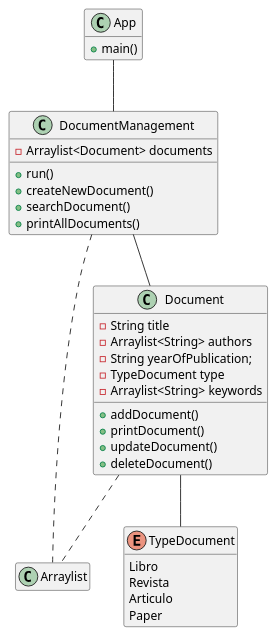
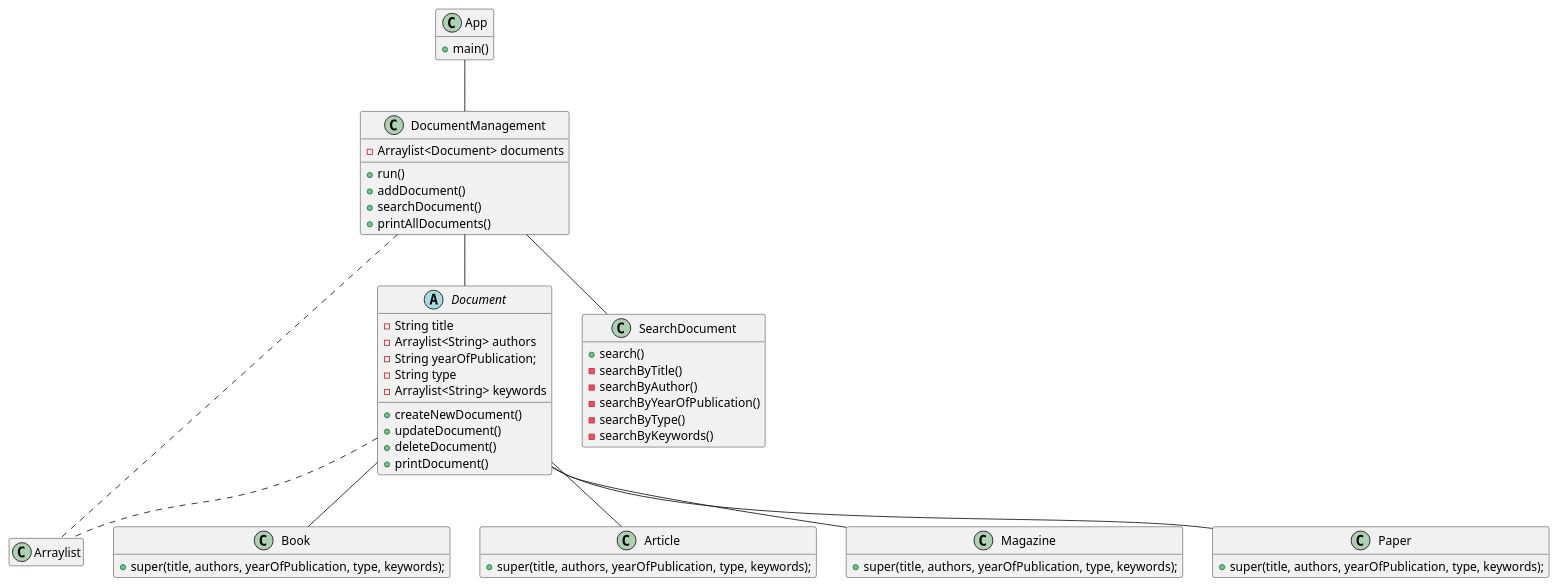
The diagram in entregas/esparragozaVeronika/DocumentManagement.puml (mmasias/23-24-eda2), drawn with PlantUML before and after one commit. The commit also changed 2 other files, not shown here.

Commit message:
Segunda iteración del diagrama de clases

```diff
--- a/entregas/esparragozaVeronika/DocumentManagement.puml
+++ b/entregas/esparragozaVeronika/DocumentManagement.puml
@@ -1,45 +1,69 @@
 @startuml
 hide empty methods
 hide empty fields
 
 class App {
     + main()
 }
 class Arraylist{}
 
-
 class DocumentManagement {
     - Arraylist<Document> documents
     + run()
-    + createNewDocument()
+    + addDocument()
     + searchDocument()
     + printAllDocuments()
 }
 
-class Document {
+abstract Document {
     - String title
     - Arraylist<String> authors
     - String yearOfPublication;
-    - TypeDocument type
+    - String type
     - Arraylist<String> keywords
 
-    + addDocument()
-    + printDocument()
+    + createNewDocument()
     + updateDocument()
     + deleteDocument()
+    + printDocument()
 }
-enum TypeDocument {
-    Libro
-    Revista
-    Articulo
-    Paper
 
+class Book {
+    + super(title, authors, yearOfPublication, type, keywords);
 }
+
+class Article {
+    + super(title, authors, yearOfPublication, type, keywords);
+}
+
+class Magazine {
+    + super(title, authors, yearOfPublication, type, keywords);
+}
+
+class Paper {
+    + super(title, authors, yearOfPublication, type, keywords);
+}
+
+class SearchDocument{
+    + search()
+    - searchByTitle()
+    - searchByAuthor()
+    - searchByYearOfPublication()
+    - searchByType()
+    - searchByKeywords()
+}
+
+
+
+App -- DocumentManagement
+DocumentManagement -- Document
+DocumentManagement -- SearchDocument
+
+Document -- Book
+Document -- Article
+Document -- Magazine
+Document -- Paper
 
 DocumentManagement .. Arraylist
 Document .. Arraylist
-
-App -- DocumentManagement
-DocumentManagement -- Document
-Document -- TypeDocument
 @enduml
```
